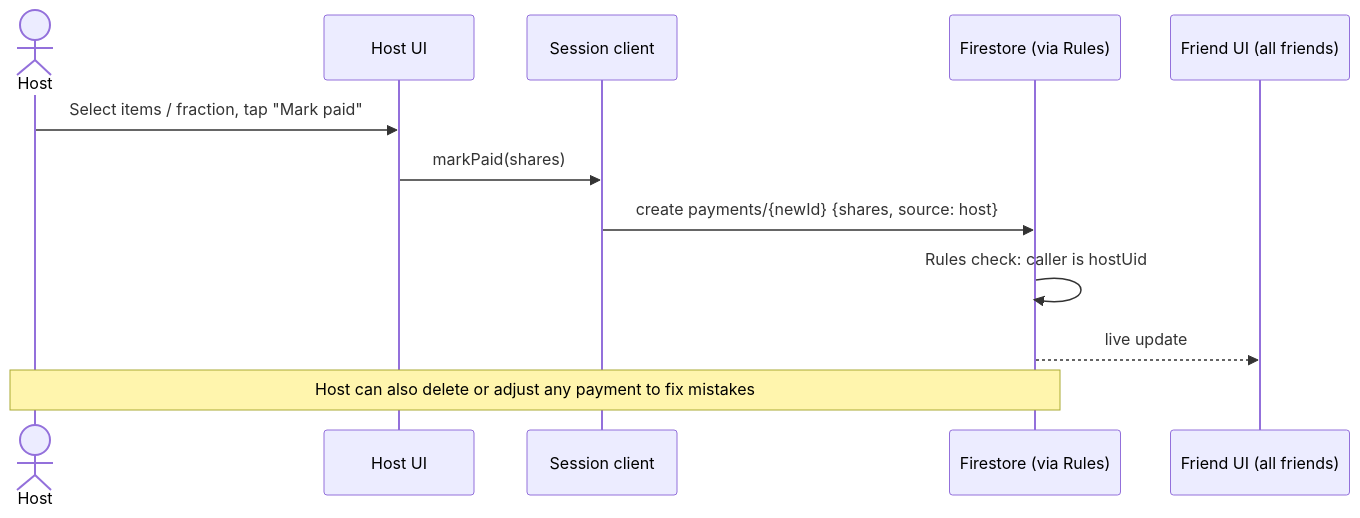
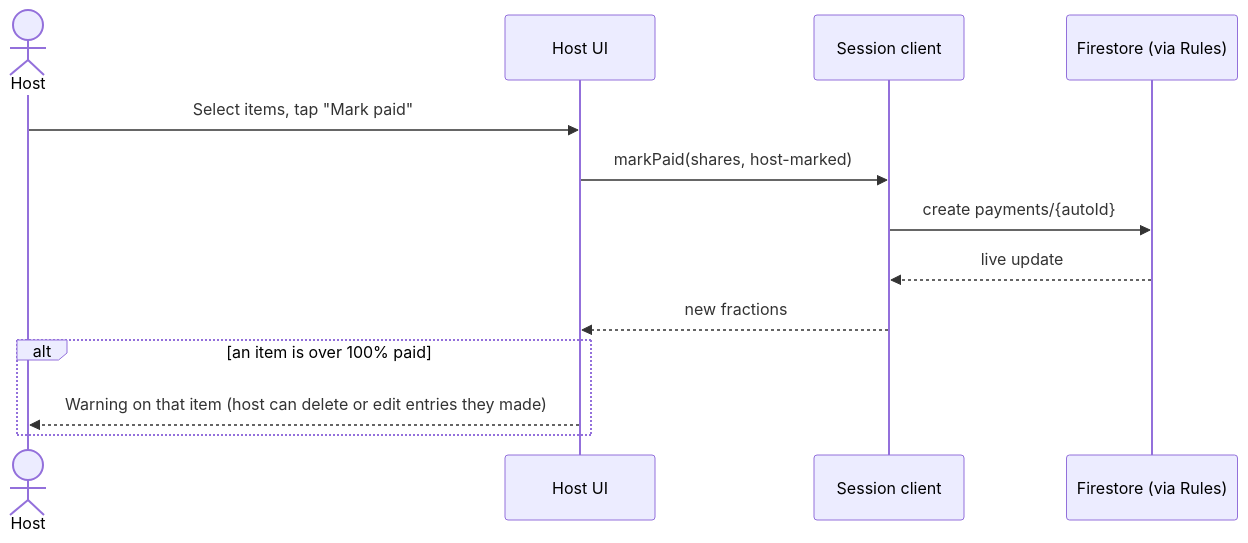
Before and after one commit to quasarbright/dinner-debt: the sixth of 8 diagrams in planning/live-bill-status.plan.md, drawn with Mermaid. The commit also changed other lines of this file, not shown here.

First line of the commit message:
Revise live bill status plan: local selection vs payment, host-own items, content-based keys, server-side timestamps

````diff
--- a/planning/live-bill-status.plan.md
+++ b/planning/live-bill-status.plan.md
@@ -175,15 +224,16 @@
 ```mermaid
 sequenceDiagram
   actor Host
   participant HostUI as Host UI
   participant Client as Session client
   participant FS as Firestore (via Rules)
-  participant FriendUI as Friend UI (all friends)
 
-  Host->>HostUI: Select items / fraction, tap "Mark paid"
-  HostUI->>Client: markPaid(shares)
-  Client->>FS: create payments/{newId} {shares, source: host}
-  FS->>FS: Rules check: caller is hostUid
-  FS-->>FriendUI: live update
-  Note over Host,FS: Host can also delete or adjust any payment to fix mistakes
+  Host->>HostUI: Select items, tap "Mark paid"
+  HostUI->>Client: markPaid(shares, host-marked)
+  Client->>FS: create payments/{autoId}
+  FS-->>Client: live update
+  Client-->>HostUI: new fractions
+  alt an item is over 100% paid
+    HostUI-->>Host: Warning on that item (host can delete or edit entries they made)
+  end
 ```
````
